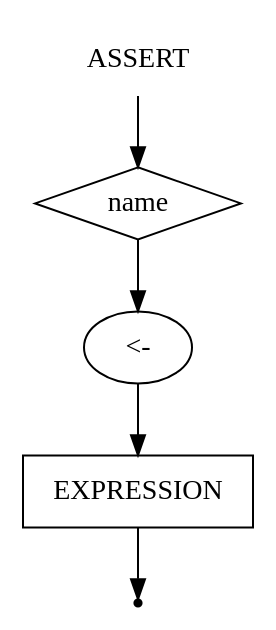
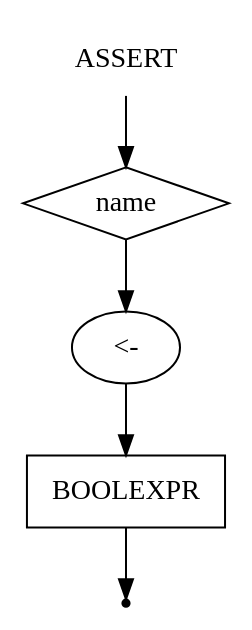
The diagram in ciao_gv/assert.gv (AnsKaz-yu/CIAO-V.3), drawn with Graphviz before and after one commit. The commit also changed 7 other files, not shown here.

```diff
--- a/ciao_gv/assert.gv
+++ b/ciao_gv/assert.gv
@@ -1,11 +1,11 @@
 digraph ASSERT {
     start [label=ASSERT shape=plaintext]
     A [label=name shape=diamond]
     B [label="<-" shape=oval]
-    C [label=EXPRESSION shape=box]
+    C [label=BOOLEXPR shape=box]
     end [label="" shape=point]
     start -> A
     A -> B
     B -> C
     C ->  end
 }
```
